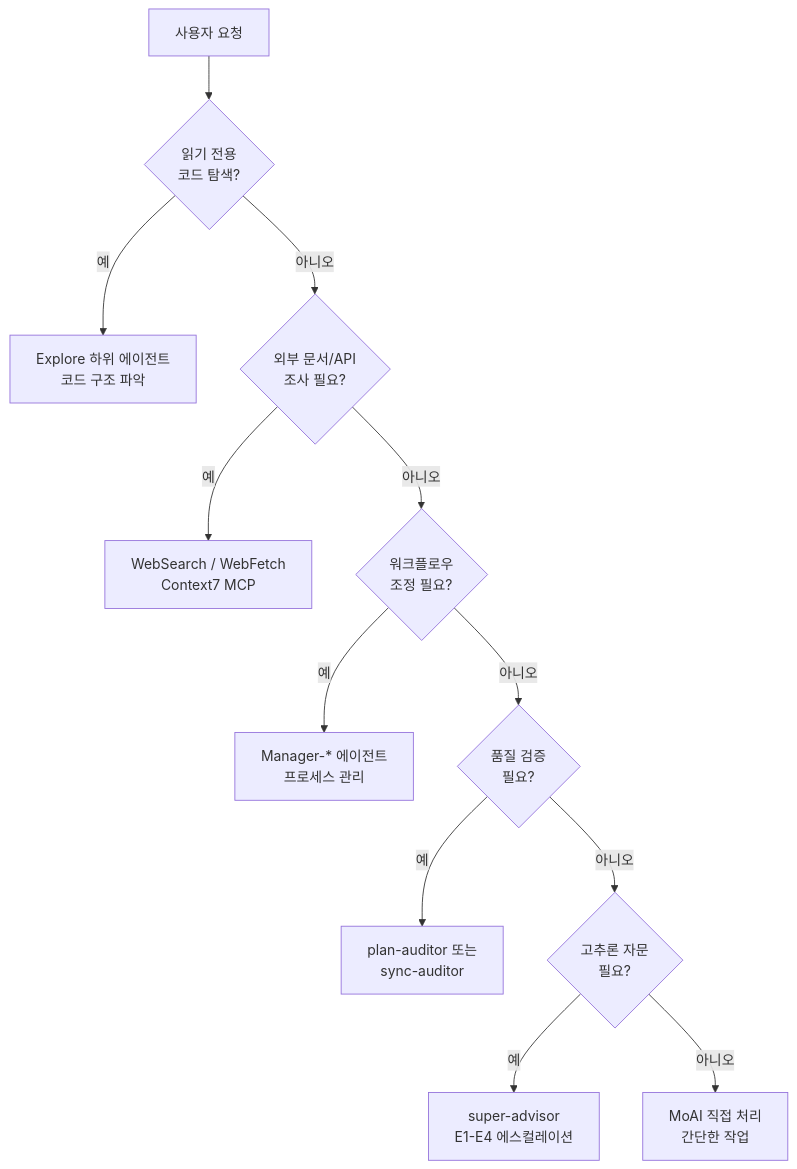
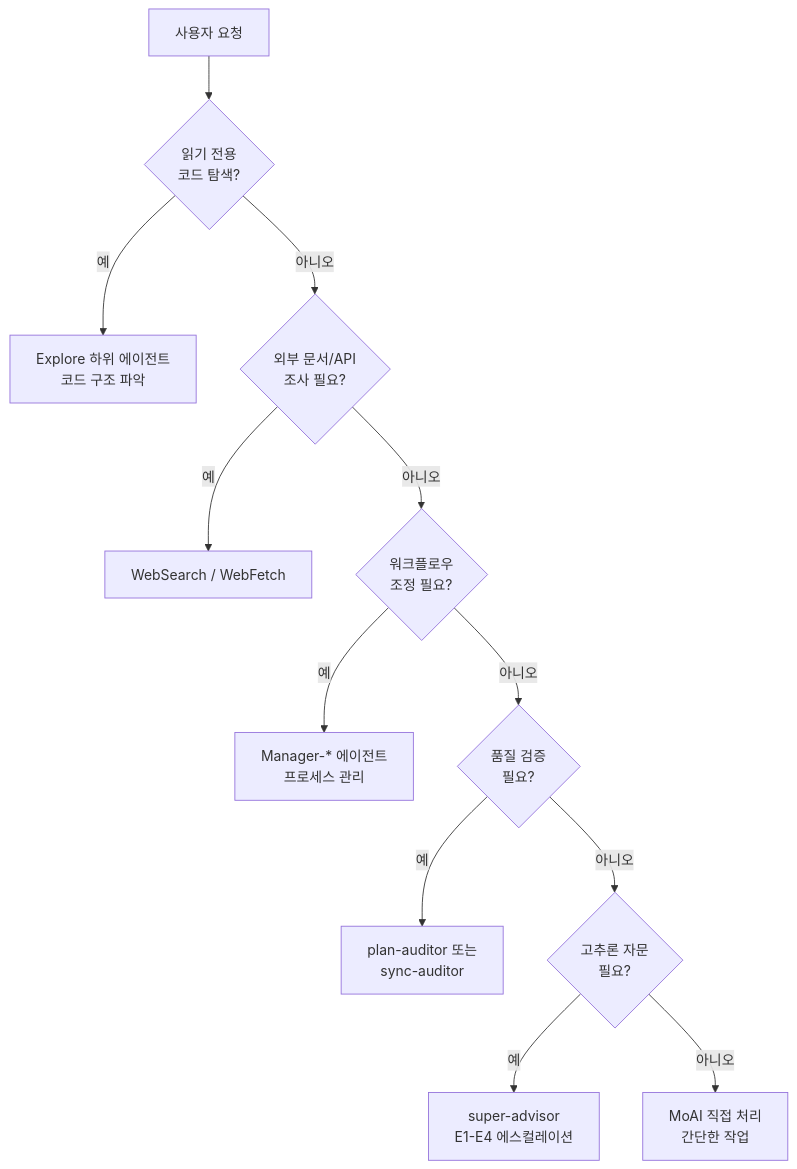
One commit to modu-ai/moai-adk changed the diagram in docs-site/content/ko/advanced/agent-guide.md. Above: the diagram before and after it, drawn with Mermaid. The commit also changed 25 other files, not shown here.

````diff
--- a/docs-site/content/ko/advanced/agent-guide.md
+++ b/docs-site/content/ko/advanced/agent-guide.md
@@ -89,19 +89,19 @@
 ```mermaid
 flowchart TD
     START[사용자 요청] --> Q1{읽기 전용<br>코드 탐색?}
 
     Q1 -->|예| EXPLORE["Explore 하위 에이전트<br>코드 구조 파악"]
     Q1 -->|아니오| Q2{외부 문서/API<br>조사 필요?}
 
-    Q2 -->|예| WEB["WebSearch / WebFetch<br>Context7 MCP"]
+    Q2 -->|예| WEB["WebSearch / WebFetch"]
     Q2 -->|아니오| Q3{워크플로우<br>조정 필요?}
 
     Q3 -->|예| MANAGER["Manager-* 에이전트<br>프로세스 관리"]
     Q3 -->|아니오| Q4{품질 검증<br>필요?}
 
     Q4 -->|예| EVAL["plan-auditor 또는<br>sync-auditor"]
     Q4 -->|아니오| Q5{고추론 자문<br>필요?}
 
     Q5 -->|예| ADVISOR["super-advisor<br>E1-E4 에스컬레이션"]
     Q5 -->|아니오| DIRECT["MoAI 직접 처리<br>간단한 작업"]
 ```
````
